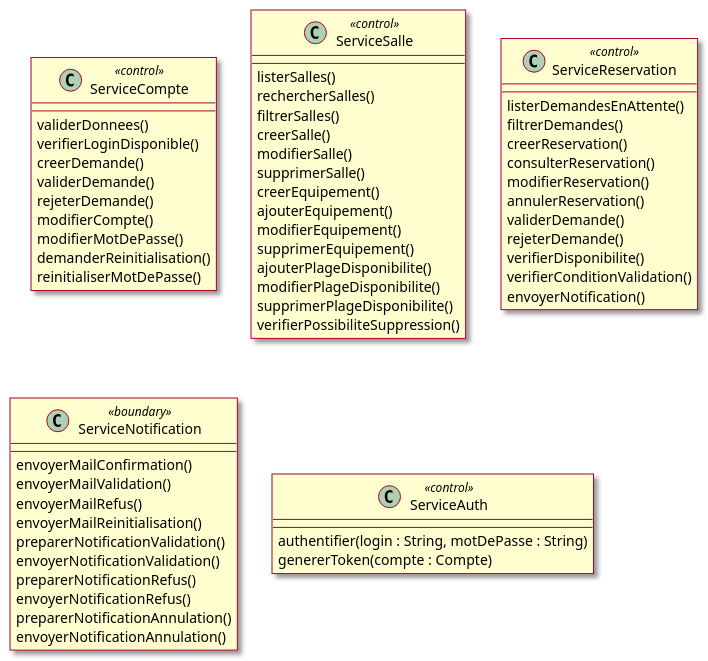
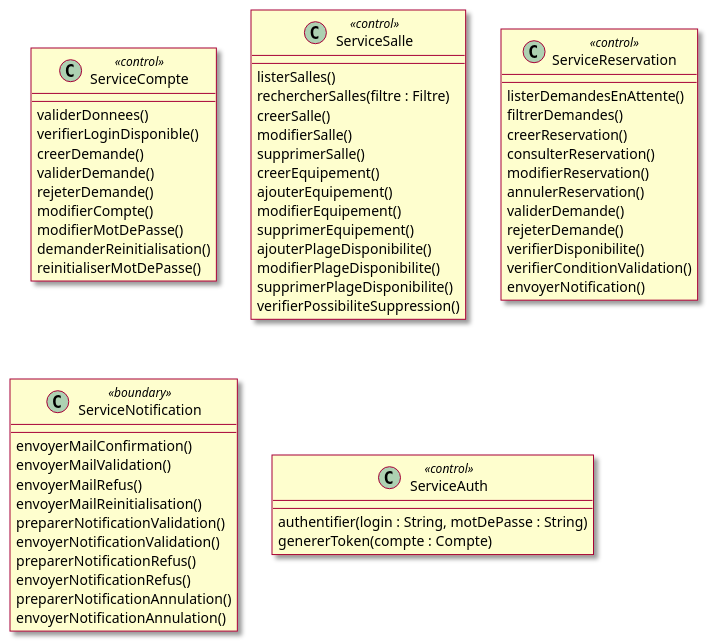
Before and after one commit to mrajaonson/glg204-room-management-system: diagram 59 of 60 in docs/02-Analyse.md, drawn with PlantUML. The commit also changed other lines of this file and 4 other files, not shown here.

````diff
--- a/docs/02-Analyse.md
+++ b/docs/02-Analyse.md
@@ -2411,67 +2411,66 @@
 ```plantuml
 @startuml
 skin rose
 
 class ServiceCompte <<control>> {
   validerDonnees()
   verifierLoginDisponible()
   creerDemande()
   validerDemande()
   rejeterDemande()
   modifierCompte()
   modifierMotDePasse()
   demanderReinitialisation()
   reinitialiserMotDePasse()
 }
 
 class ServiceSalle <<control>> {
   listerSalles()
-  rechercherSalles()
-  filtrerSalles()
+  rechercherSalles(filtre : Filtre)
   creerSalle()
   modifierSalle()
   supprimerSalle()
   creerEquipement()
   ajouterEquipement()
   modifierEquipement()
   supprimerEquipement()
   ajouterPlageDisponibilite()
   modifierPlageDisponibilite()
   supprimerPlageDisponibilite()
   verifierPossibiliteSuppression()
 }
 
 class ServiceReservation <<control>> {
   listerDemandesEnAttente()
   filtrerDemandes()
   creerReservation()
   consulterReservation()
   modifierReservation()
   annulerReservation()
   validerDemande()
   rejeterDemande()
   verifierDisponibilite()
   verifierConditionValidation()
   envoyerNotification()
 }
 
 class ServiceNotification <<boundary>> {
   envoyerMailConfirmation()
   envoyerMailValidation()
   envoyerMailRefus()
   envoyerMailReinitialisation()
   preparerNotificationValidation()
   envoyerNotificationValidation()
   preparerNotificationRefus()
   envoyerNotificationRefus()
   preparerNotificationAnnulation()
   envoyerNotificationAnnulation()
 }
 
 class ServiceAuth <<control>> {
   authentifier(login : String, motDePasse : String)
   genererToken(compte : Compte)
 }
 
 @enduml
 ```
````
